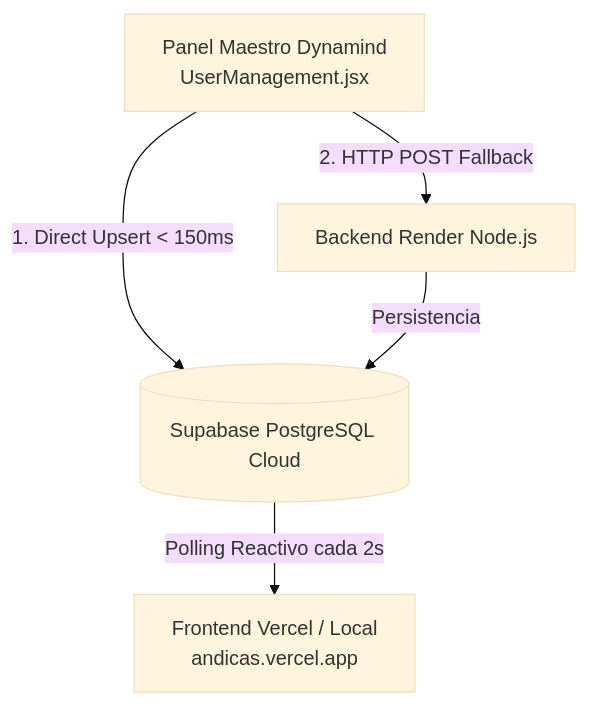
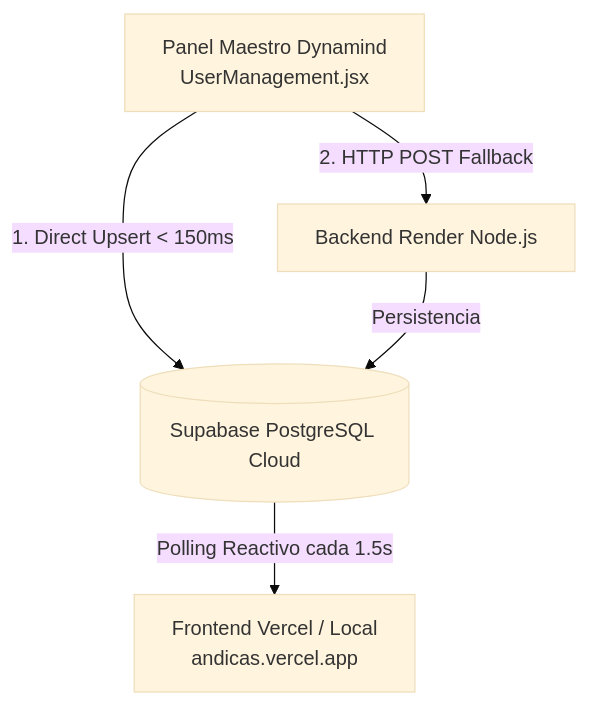
One commit to juanpabloto2000-spec/andicas changed the diagram in GUIA_INTEGRACION_PANEL_Y_MODULOS_EN_VIVO.md. Above: the diagram before and after it, drawn with Mermaid (base theme). The commit also changed other lines of this file, not shown here.

````diff
--- a/GUIA_INTEGRACION_PANEL_Y_MODULOS_EN_VIVO.md
+++ b/GUIA_INTEGRACION_PANEL_Y_MODULOS_EN_VIVO.md
@@ -10,7 +10,7 @@
 ```mermaid
 graph TD
     A[Panel Maestro Dynamind<br>UserManagement.jsx] -->|1. Direct Upsert < 150ms| B[(Supabase PostgreSQL Cloud)]
     A -->|2. HTTP POST Fallback| C[Backend Render Node.js]
-    B -->|Polling Reactivo cada 2s| D[Frontend Vercel / Local<br>andicas.vercel.app]
+    B -->|Polling Reactivo cada 1.5s| D[Frontend Vercel / Local<br>andicas.vercel.app]
     C -->|Persistencia| B
 ```
````
